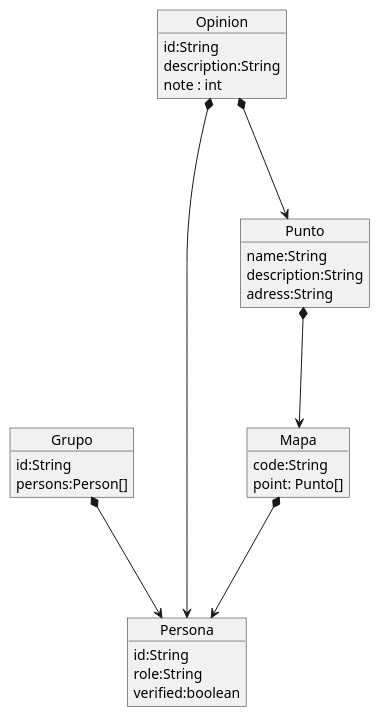
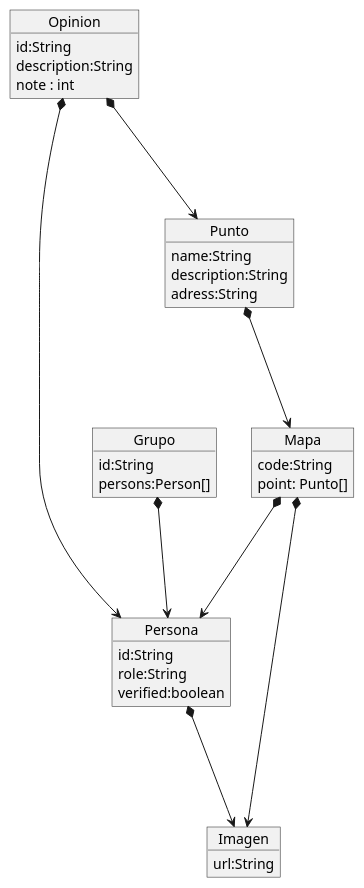
The diagram in docs/08_concepts.adoc (Arquisoft/lomap_es5a), drawn with PlantUML before and after one commit.

Commit message:
Fix domain model

```diff
--- a/docs/08_concepts.adoc
+++ b/docs/08_concepts.adoc
@@ -7,37 +7,42 @@
 [plantuml, "ModeloDeDominio", png]
 ----
 
 object Persona{
     id:String
     role:String
     verified:boolean
 }
 object Grupo{
     id:String
     persons:Person[]
 }
 
 object Punto{
     name:String
     description:String
     adress:String
 }
 
 object Mapa{
     code:String
     point: Punto[]
 }
 
 object Opinion{
     id:String
     description:String
     note : int
 }
 
+object Imagen{
+    url:String
+}
+
 Opinion *--->Persona
 Opinion *--->Punto
 Punto *--->Mapa
 Mapa *--->Persona
 Grupo *---> Persona
-
+Persona *--->Imagen
+Mapa *--->Imagen
 ----
```
